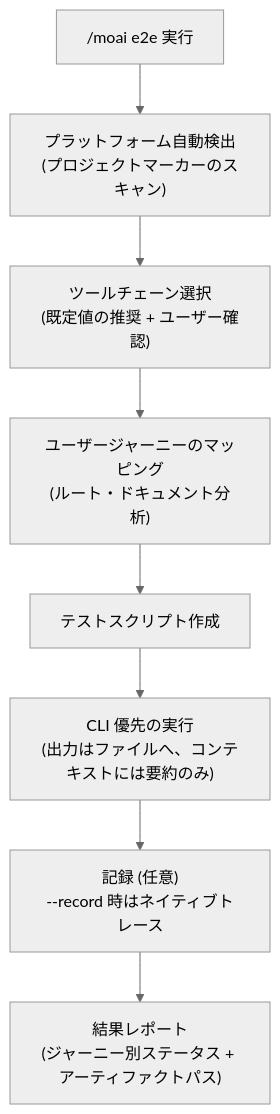
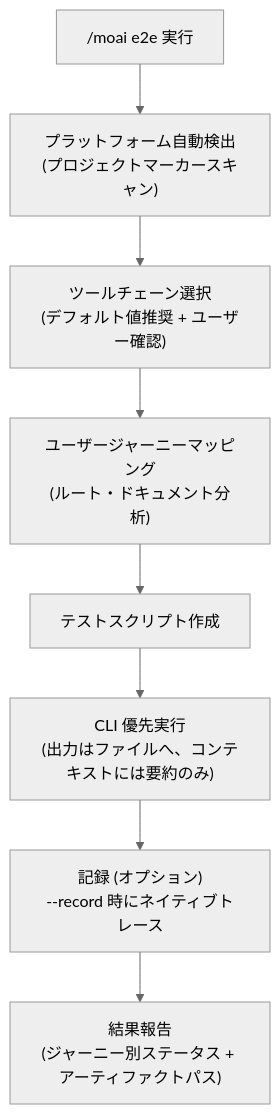
The first of 3 diagrams in docs-site/content/ja/utility-commands/moai-e2e.md (modu-ai/moai-adk), drawn with Mermaid (neutral theme) before and after one commit. The commit also changed other lines of this file and 180 other files, not shown here.

````diff
--- a/docs-site/content/ja/utility-commands/moai-e2e.md
+++ b/docs-site/content/ja/utility-commands/moai-e2e.md
@@ -23,10 +23,10 @@
 ```mermaid
 flowchart TD
-    Start["/moai e2e 実行"] --> Detect["プラットフォーム自動検出<br/>(プロジェクトマーカーのスキャン)"]
-    Detect --> Select["ツールチェーン選択<br/>(既定値の推奨 + ユーザー確認)"]
-    Select --> Journey["ユーザージャーニーのマッピング<br/>(ルート・ドキュメント分析)"]
+    Start["/moai e2e 実行"] --> Detect["プラットフォーム自動検出<br/>(プロジェクトマーカースキャン)"]
+    Detect --> Select["ツールチェーン選択<br/>(デフォルト値推奨 + ユーザー確認)"]
+    Select --> Journey["ユーザージャーニーマッピング<br/>(ルート・ドキュメント分析)"]
     Journey --> Script["テストスクリプト作成"]
-    Script --> Run["CLI 優先の実行<br/>(出力はファイルへ、コンテキストには要約のみ)"]
-    Run --> Record["記録 (任意)<br/>--record 時はネイティブトレース"]
-    Record --> Report["結果レポート<br/>(ジャーニー別ステータス + アーティファクトパス)"]
+    Script --> Run["CLI 優先実行<br/>(出力はファイルへ、コンテキストには要約のみ)"]
+    Run --> Record["記録 (オプション)<br/>--record 時にネイティブトレース"]
+    Record --> Report["結果報告<br/>(ジャーニー別ステータス + アーティファクトパス)"]
 ```
````
